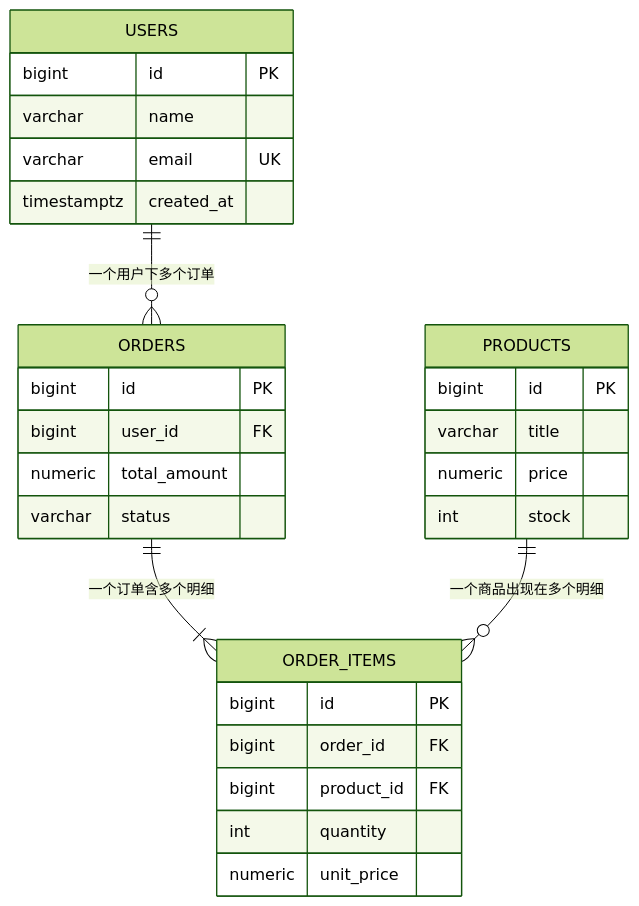
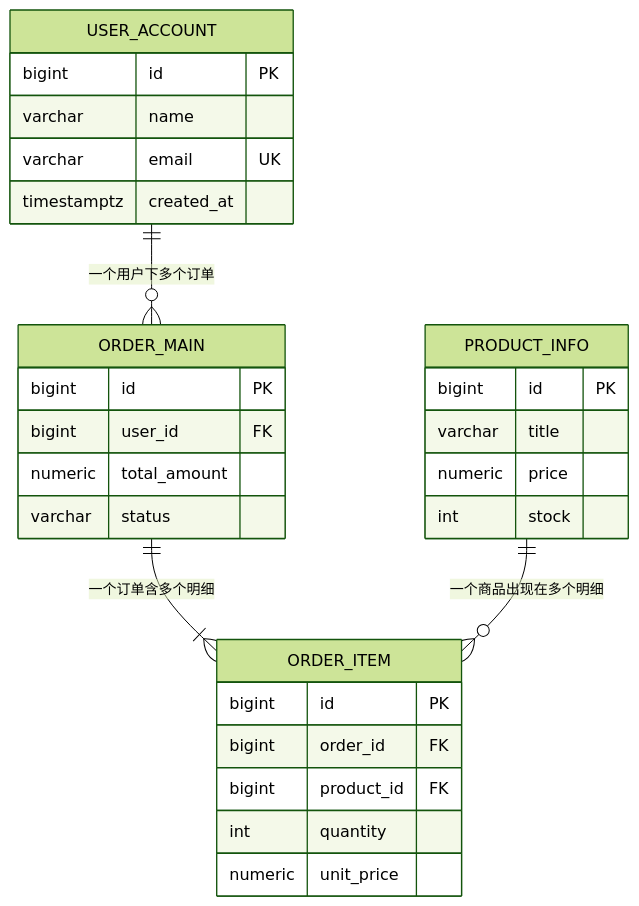
The third of 6 diagrams in _posts/2026-11-02-ai-dev-workflow.md (lnsyyj/lnsyyj.github.io), drawn with Mermaid (forest theme) before and after one commit. The commit also changed other lines of this file, not shown here.

Commit message:
post: 新增数据库表命名规范（模块前缀_表名），并同步 ER 图与建表 SQL

````diff
--- a/_posts/2026-11-02-ai-dev-workflow.md
+++ b/_posts/2026-11-02-ai-dev-workflow.md
@@ -292,32 +315,32 @@
 ```mermaid
 erDiagram
-    USERS ||--o{ ORDERS : "一个用户下多个订单"
-    ORDERS ||--|{ ORDER_ITEMS : "一个订单含多个明细"
-    PRODUCTS ||--o{ ORDER_ITEMS : "一个商品出现在多个明细"
+    USER_ACCOUNT ||--o{ ORDER_MAIN : "一个用户下多个订单"
+    ORDER_MAIN ||--|{ ORDER_ITEM : "一个订单含多个明细"
+    PRODUCT_INFO ||--o{ ORDER_ITEM : "一个商品出现在多个明细"
 
-    USERS {
+    USER_ACCOUNT {
         bigint id PK
         varchar name
         varchar email UK
         timestamptz created_at
     }
-    PRODUCTS {
+    PRODUCT_INFO {
         bigint id PK
         varchar title
         numeric price
         int stock
     }
-    ORDERS {
+    ORDER_MAIN {
         bigint id PK
         bigint user_id FK
         numeric total_amount
         varchar status
     }
-    ORDER_ITEMS {
+    ORDER_ITEM {
         bigint id PK
         bigint order_id FK
         bigint product_id FK
         int quantity
         numeric unit_price
     }
 ```
````
